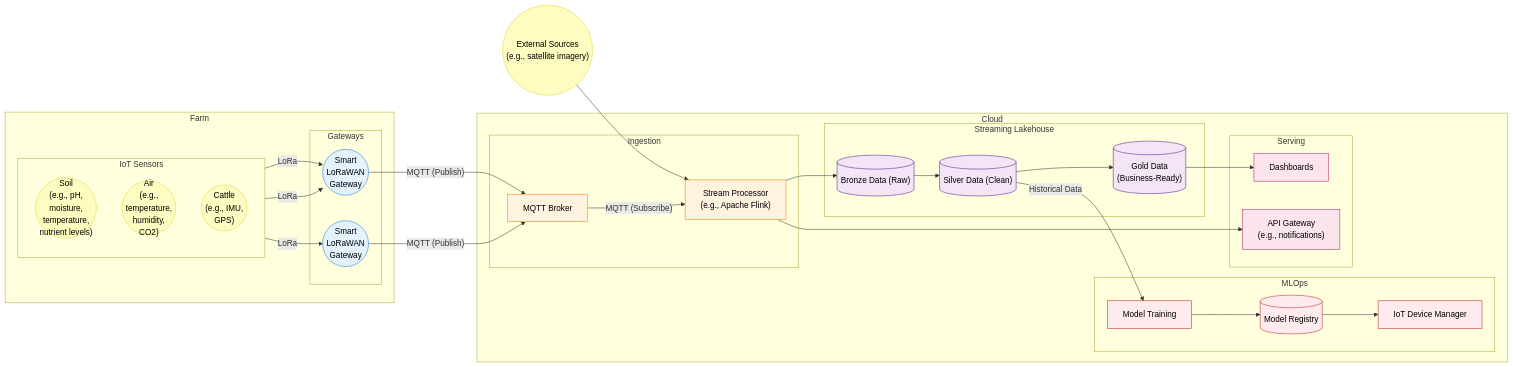
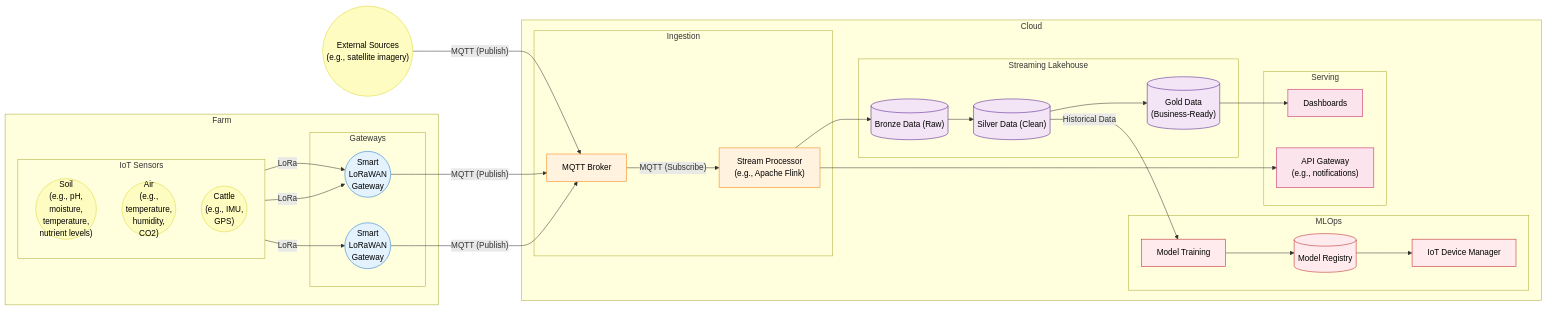
The first of 4 diagrams in docs/architecture-diagrams.md (aydanthompson/smart-agrifarming-is), drawn with Mermaid before and after one commit. The commit also changed other lines of this file, not shown here.

Commit message:
Moved external sources to ingest via MQTT broker, added explanation

````diff
--- a/docs/architecture-diagrams.md
+++ b/docs/architecture-diagrams.md
@@ -9,71 +11,71 @@
 ```mermaid
 flowchart LR
     subgraph farm["Farm"]
         subgraph edge_layer["IoT Sensors"]
             direction TB
             sensors_soil(("Soil<br>(e.g., pH,<br>moisture,<br>temperature,<br>nutrient levels)"))
             sensors_air(("Air<br>(e.g.,<br>temperature,<br>humidity,<br>CO2)"))
             sensors_cattle(("Cattle<br>(e.g., IMU,<br>GPS)"))
         end
 
         subgraph gateways["Gateways"]
             gateway_1(("Smart<br>LoRaWAN<br>Gateway"))
             gateway_2(("Smart<br>LoRaWAN<br>Gateway"))
         end
     end
 
     external_sources(("External Sources<br>(e.g., satellite imagery)"))
-    external_sources --> stream_processor
+    external_sources -->|"MQTT (Publish)"| broker
 
     subgraph cloud["Cloud"]
         subgraph ingestion["Ingestion"]
             broker["MQTT Broker"]
             stream_processor["Stream Processor<br>(e.g., Apache Flink)"]
         end
 
         subgraph lakehouse["Streaming Lakehouse"]
             bronze[("Bronze Data (Raw)")]
             silver[("Silver Data (Clean)")]
             gold[("Gold Data<br>(Business-Ready)")]
         end
 
         subgraph mlops["MLOps"]
             training["Model Training"]
             registry[("Model Registry")]
             device_manager["IoT Device Manager"]
         end
 
         subgraph serving["Serving"]
             dashboard["Dashboards"]
             api["API Gateway<br>(e.g., notifications)"]
         end
     end
 
     sensors_soil & sensors_air -->|LoRa| gateway_1
     sensors_cattle -->|LoRa| gateway_2
     gateway_1 -->|"MQTT (Publish)"| broker
     gateway_2 -->|"MQTT (Publish)"| broker
     broker -->|"MQTT (Subscribe)"| stream_processor
     stream_processor --> bronze
     stream_processor --> api
     bronze --> silver
     silver --> gold
     gold --> dashboard
     training --> registry
     registry --> device_manager
     silver -->|"Historical Data"| training
 
     classDef sensorStyle fill:#fffcc2,stroke:#dad734,color:#000
     classDef gatewayStyle fill:#e3f2fd,stroke:#1976d2,color:#000
     classDef ingestStyle fill:#fff3e0,stroke:#f57c00,color:#000
     classDef dataStyle fill:#f3e5f5,stroke:#4a148c,color:#000
     classDef mlStyle fill:#ffebee,stroke:#b71c1c,color:#000
     classDef presentationStyle fill:#fce4ec,stroke:#c2185b,color:#000
 
     class sensors_soil,sensors_air,sensors_cattle,external_sources sensorStyle
     class gateway_1,gateway_2 gatewayStyle
     class broker,stream_processor ingestStyle
     class bronze,silver,gold dataStyle
     class training,registry,device_manager mlStyle
     class dashboard,api presentationStyle
 ```
````
